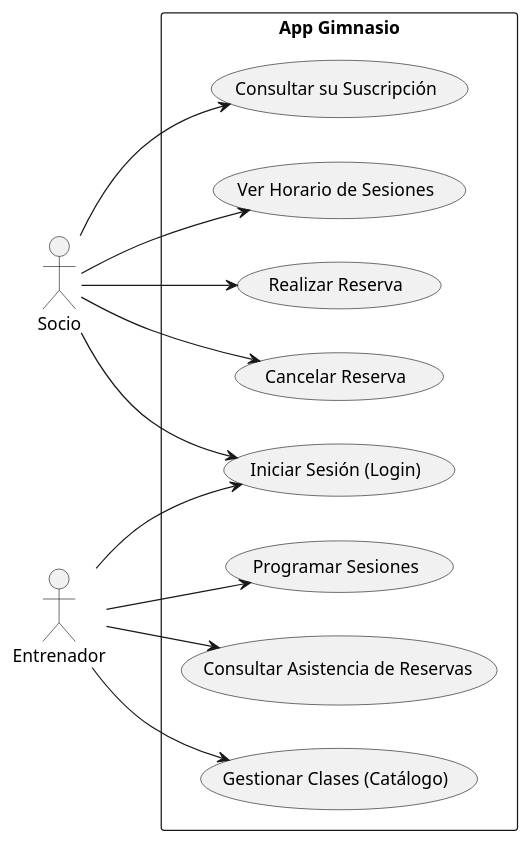
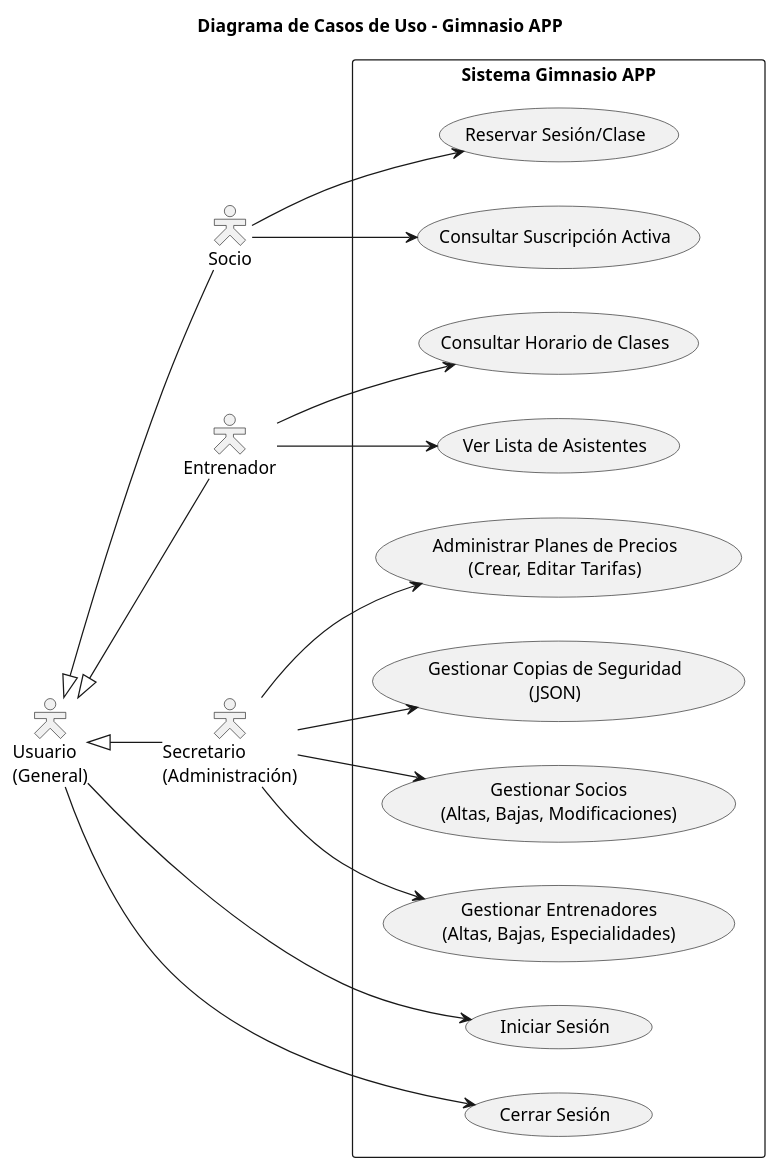
The diagram in docs/diagramasUML/DiagramasCasoUso/Casos_De_Uso.puml (FerminGarridoMartinDAM/ProyectoInterModular1DAMAppGimnasio), drawn with PlantUML before and after one commit. The commit also changed 18 other files, not shown here.

First line of the commit message:
feat(arquitectura): reestructuracion del programa y añadido el rol de Secretario

```diff
--- a/docs/diagramasUML/DiagramasCasoUso/Casos_De_Uso.puml
+++ b/docs/diagramasUML/DiagramasCasoUso/Casos_De_Uso.puml
@@ -1,42 +1,62 @@
 @startuml
+
+title Diagrama de Casos de Uso - Gimnasio APP
+
 left to right direction
+skinparam packageStyle rectangle
+skinparam actorStyle hollow
 
-' --- ACTORES ---
+' --- DEFINICIÓN DE ACTORES ---
+actor "Usuario\n(General)" as Usuario
 actor "Socio" as Socio
 actor "Entrenador" as Entrenador
+actor "Secretario\n(Administración)" as Secretario
 
-' --- SISTEMA (Frontera) ---
-rectangle "App Gimnasio" {
-  
-  ' Funciones Comunes (Heredadas de Usuario)
-  usecase "Iniciar Sesión (Login)" as Login
+' Herencia de actores: Socio, Entrenador y Secretario son tipos de Usuario
+Socio -up-|> Usuario
+Entrenador -up-|> Usuario
+Secretario -up-|> Usuario
 
-  ' Funciones del Socio
-  usecase "Consultar su Suscripción" as VerSuscripcion
-  usecase "Ver Horario de Sesiones" as VerHorario
-  usecase "Realizar Reserva" as Reservar
-  usecase "Cancelar Reserva" as Cancelar
-
-  ' Funciones del Entrenador (Modo Gestión)
-  usecase "Gestionar Clases (Catálogo)" as GestClases
-  usecase "Programar Sesiones" as ProgSesiones
-  usecase "Consultar Asistencia de Reservas" as VerAsistencia
+' --- SISTEMA Y CASOS DE USO ---
+package "Sistema Gimnasio APP" {
+    
+    ' Casos de uso generales
+    usecase "Iniciar Sesión" as UC_Login
+    usecase "Cerrar Sesión" as UC_Logout
+    
+    ' Casos de uso de Socio
+    usecase "Reservar Sesión/Clase" as UC_Reservar
+    usecase "Consultar Suscripción Activa" as UC_VerSuscripcion
+    
+    ' Casos de uso de Entrenador
+    usecase "Consultar Horario de Clases" as UC_VerHorario
+    usecase "Ver Lista de Asistentes" as UC_VerAsistentes
+    
+    ' Casos de uso de Secretario (Las novedades)
+    usecase "Gestionar Socios\n(Altas, Bajas, Modificaciones)" as UC_GestSocio
+    usecase "Gestionar Entrenadores\n(Altas, Bajas, Especialidades)" as UC_GestEntrenador
+    usecase "Administrar Planes de Precios\n(Crear, Editar Tarifas)" as UC_GestPlanes
+    usecase "Gestionar Copias de Seguridad\n(JSON)" as UC_Backup
 }
 
-' --- CONEXIONES ---
-' Ambos actores necesitan hacer login
-Socio --> Login
-Entrenador --> Login
+' --- RELACIONES ---
+
+' Todos los usuarios pueden loguearse
+Usuario --> UC_Login
+Usuario --> UC_Logout
 
 ' Acciones específicas del Socio
-Socio --> VerSuscripcion
-Socio --> VerHorario
-Socio --> Reservar
-Socio --> Cancelar
+Socio --> UC_Reservar
+Socio --> UC_VerSuscripcion
 
 ' Acciones específicas del Entrenador
-Entrenador --> GestClases
-Entrenador --> ProgSesiones
-Entrenador --> VerAsistencia
+Entrenador --> UC_VerHorario
+Entrenador --> UC_VerAsistentes
+
+' Acciones específicas del Secretario (Administración total)
+Secretario --> UC_GestSocio
+Secretario --> UC_GestEntrenador
+Secretario --> UC_GestPlanes
+Secretario --> UC_Backup
 
 @enduml
```
